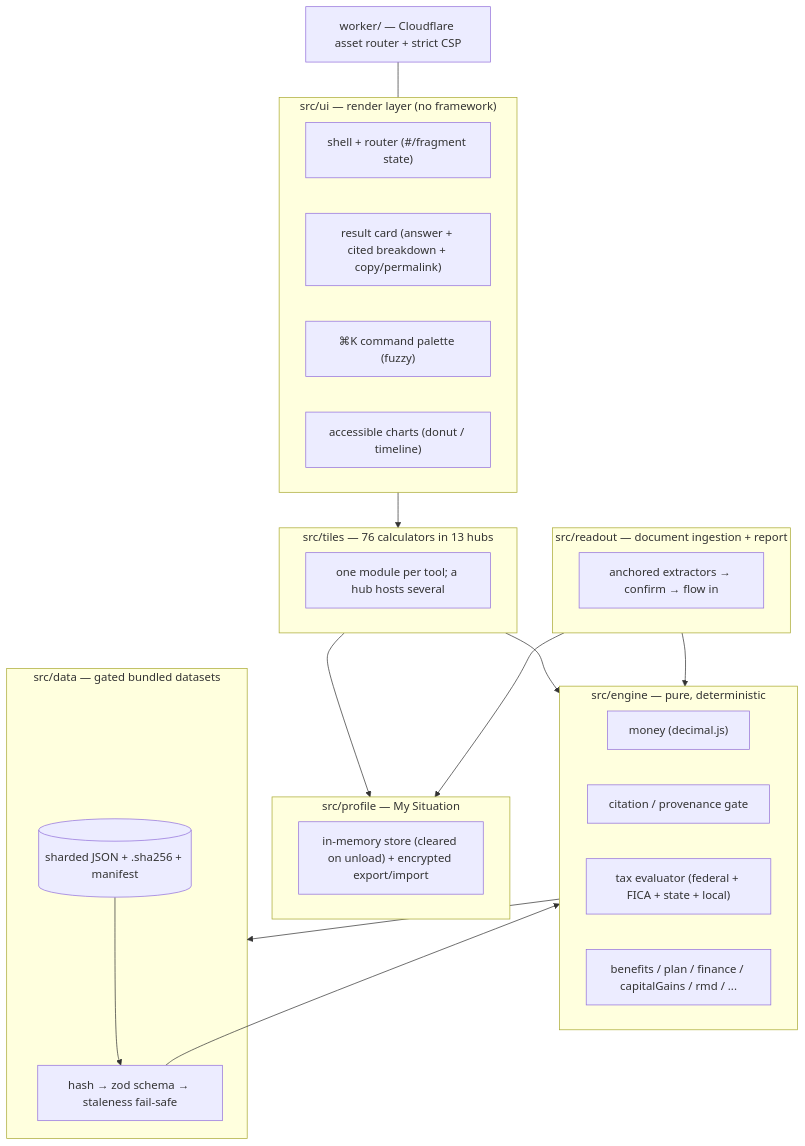
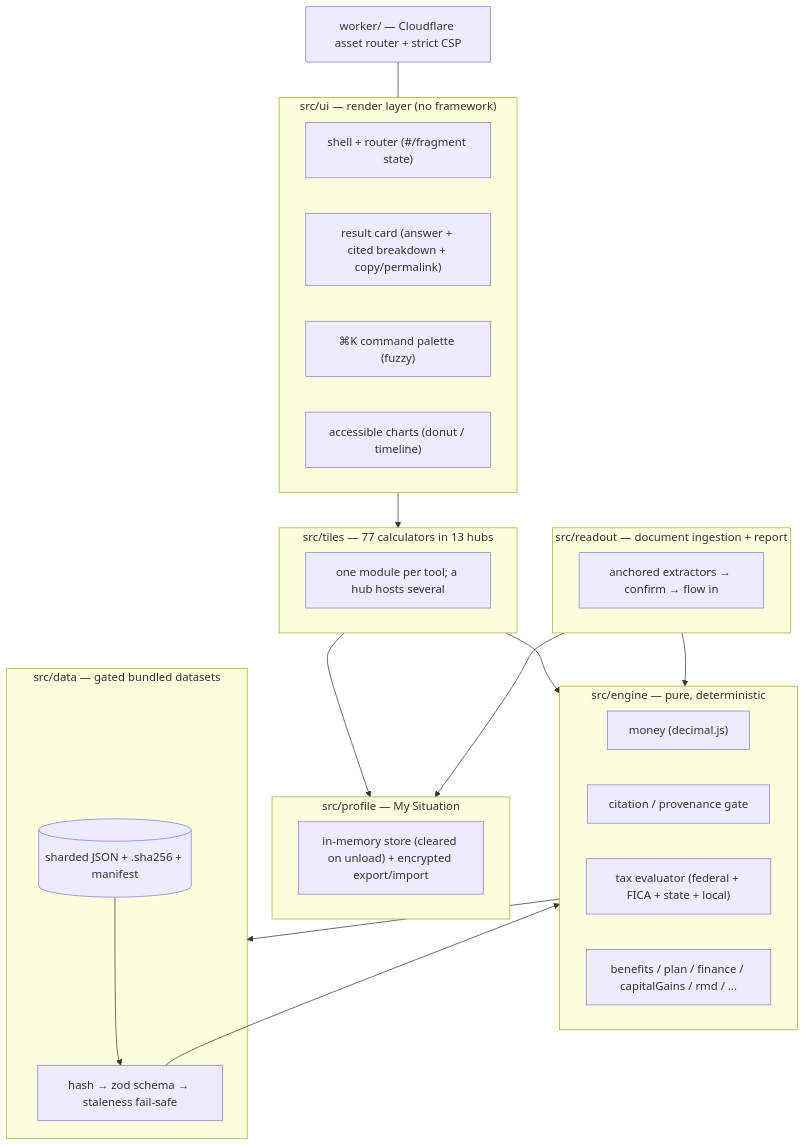
One commit to clay-good/enklayve changed the second of 7 diagrams in docs/under-the-hood.md. Above: the diagram before and after it, drawn with Mermaid. The commit also changed other lines of this file and 14 other files, not shown here.

````diff
--- a/docs/under-the-hood.md
+++ b/docs/under-the-hood.md
@@ -300,36 +300,36 @@
 ```mermaid
 flowchart TD
     subgraph UI["src/ui — render layer (no framework)"]
         SH["shell + router (#/fragment state)"]
         RC["result card (answer + cited breakdown + copy/permalink)"]
         CP["⌘K command palette (fuzzy)"]
         CH["accessible charts (donut / timeline)"]
     end
-    subgraph TILES["src/tiles — 76 calculators in 13 hubs"]
+    subgraph TILES["src/tiles — 77 calculators in 13 hubs"]
         T1["one module per tool; a hub hosts several"]
     end
     subgraph PROFILE["src/profile — My Situation"]
         PS["in-memory store (cleared on unload) + encrypted export/import"]
     end
     subgraph READOUT["src/readout — document ingestion + report"]
         RX["anchored extractors → confirm → flow in"]
     end
     subgraph ENGINE["src/engine — pure, deterministic"]
         MN["money (decimal.js)"]
         CI["citation / provenance gate"]
         TAX["tax evaluator (federal + FICA + state + local)"]
         BEN["benefits / plan / finance / capitalGains / rmd / ..."]
     end
     subgraph DATA["src/data — gated bundled datasets"]
         LO["hash → zod schema → staleness fail-safe"]
         DS[("sharded JSON + .sha256 + manifest")]
     end
     TILES --> ENGINE
     READOUT --> ENGINE
     TILES --> PROFILE
     READOUT --> PROFILE
     UI --> TILES
     ENGINE --> DATA
     DS --> LO --> ENGINE
     WORKER["worker/ — Cloudflare asset router + strict CSP"] --- UI
 ```
````
